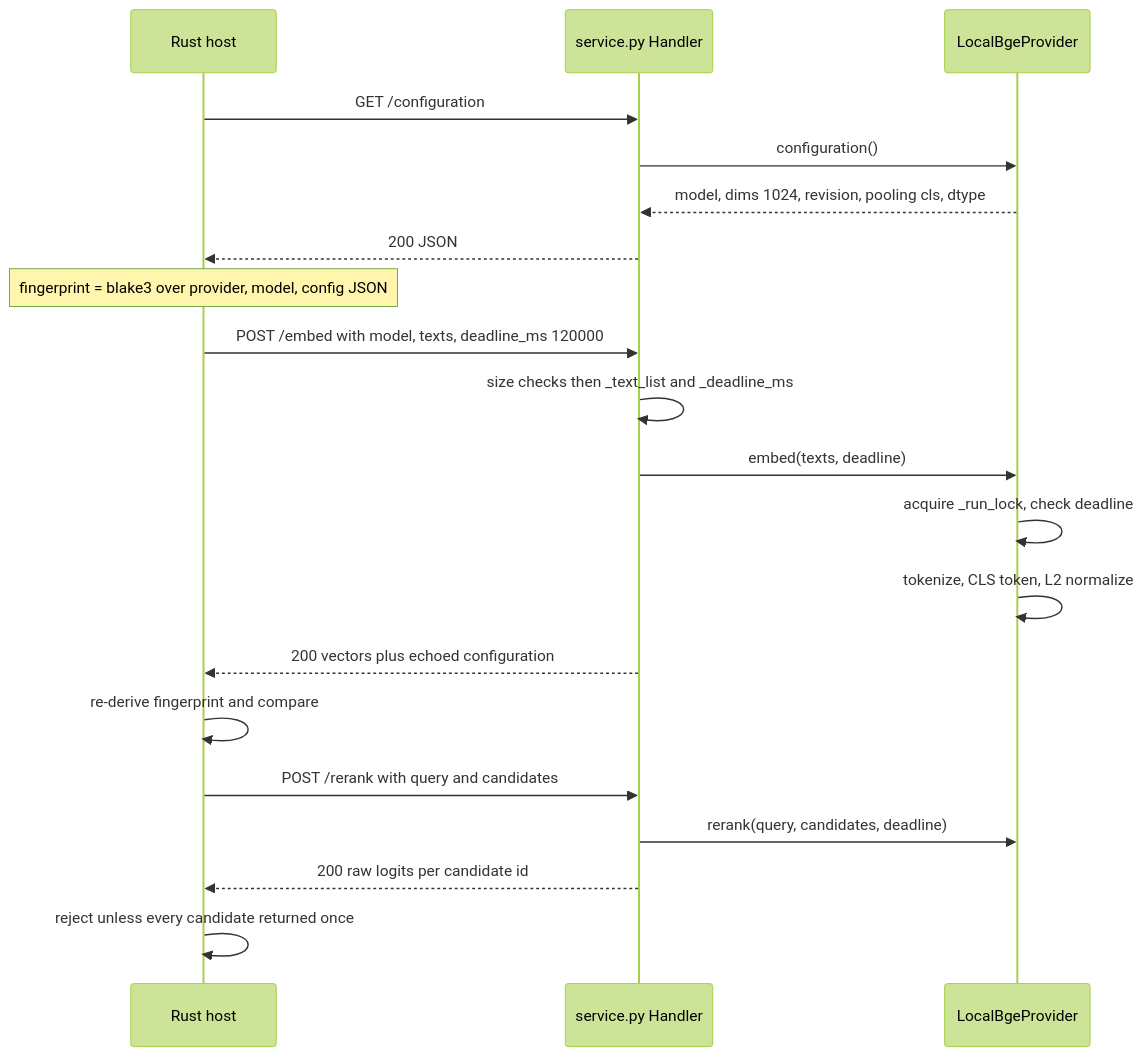
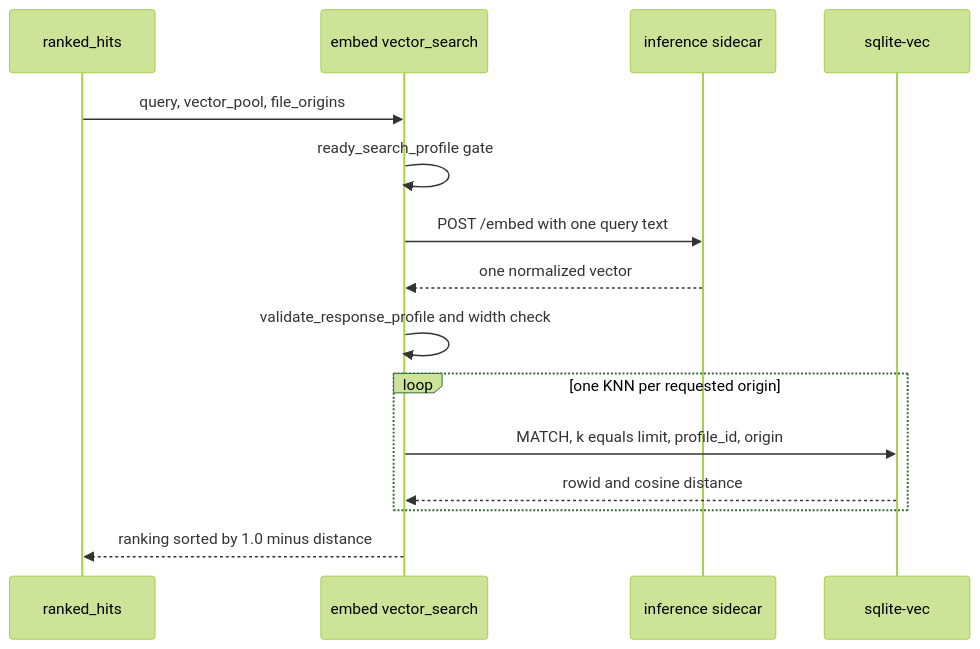
Before and after one commit to iantocristian/jscout: the third of 3 diagrams in docs/codebase-analysis/06-semantic-layer.md, drawn with Mermaid (forest theme). The commit also changed other lines of this file and 28 other files, not shown here.

````diff
--- a/docs/codebase-analysis/06-semantic-layer.md
+++ b/docs/codebase-analysis/06-semantic-layer.md
@@ -149,22 +116,17 @@
 ```mermaid
 sequenceDiagram
-  participant R as Rust host
-  participant S as service.py Handler
-  participant P as LocalBgeProvider
-  R->>S: GET /configuration
-  S->>P: configuration()
-  P-->>S: model, dims 1024, revision, pooling cls, dtype
-  S-->>R: 200 JSON
-  Note over R: fingerprint = blake3 over provider, model, config JSON
-  R->>S: POST /embed with model, texts, deadline_ms 120000
-  S->>S: size checks then _text_list and _deadline_ms
-  S->>P: embed(texts, deadline)
-  P->>P: acquire _run_lock, check deadline
-  P->>P: tokenize, CLS token, L2 normalize
-  S-->>R: 200 vectors plus echoed configuration
-  R->>R: re-derive fingerprint and compare
-  R->>S: POST /rerank with query and candidates
-  S->>P: rerank(query, candidates, deadline)
-  S-->>R: 200 raw logits per candidate id
-  R->>R: reject unless every candidate returned once
+  participant S as ranked_hits
+  participant E as embed vector_search
+  participant P as inference sidecar
+  participant V as sqlite-vec
+  S->>E: query, vector_pool, file_origins
+  E->>E: ready_search_profile gate
+  E->>P: POST /embed with one query text
+  P-->>E: one normalized vector
+  E->>E: validate_response_profile and width check
+  loop one KNN per requested origin
+    E->>V: MATCH, k equals limit, profile_id, origin
+    V-->>E: rowid and cosine distance
+  end
+  E-->>S: ranking sorted by 1.0 minus distance
 ```
````
